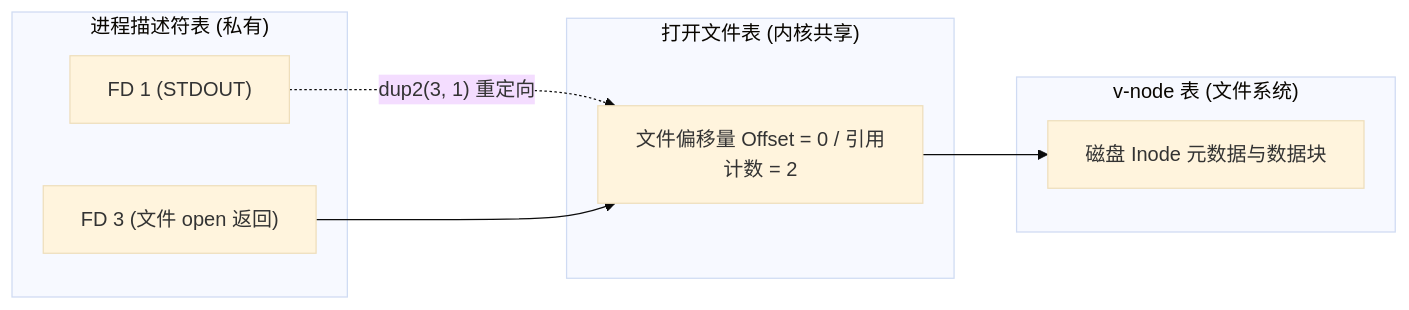
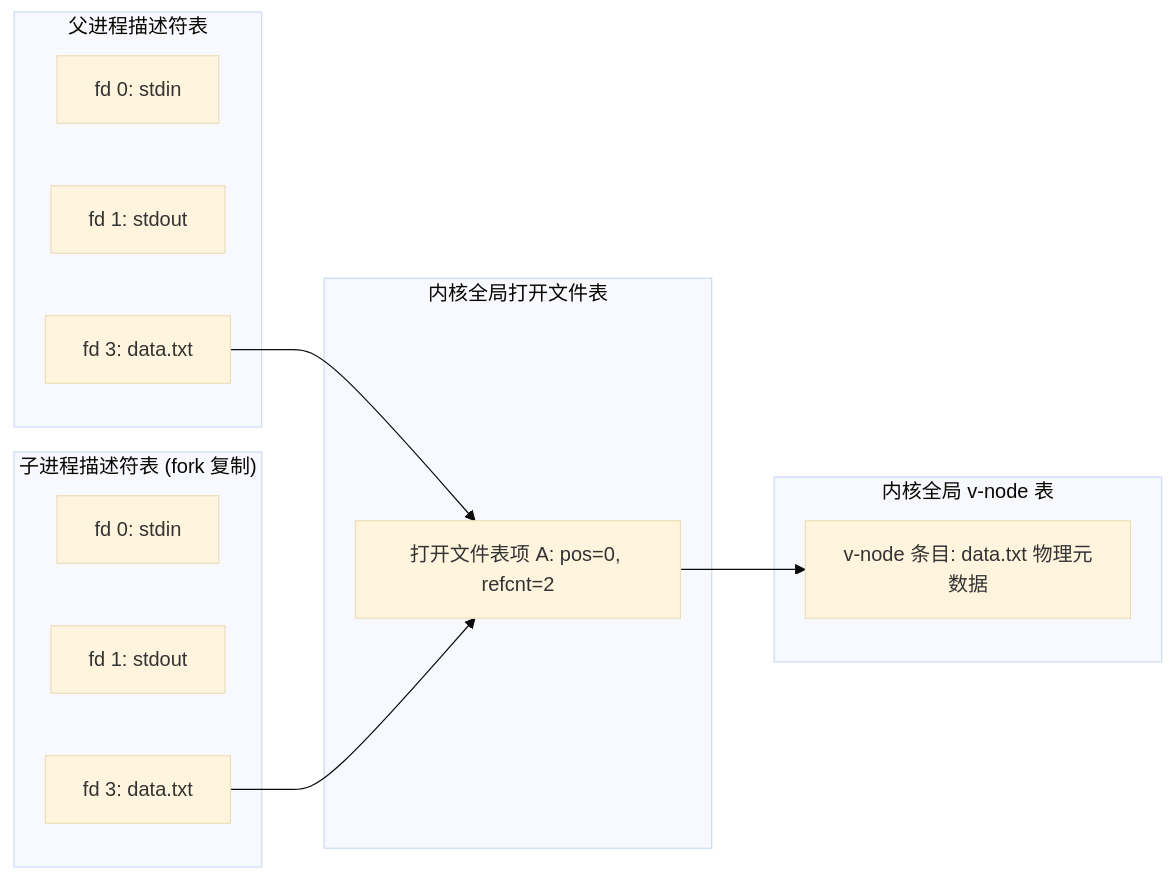
Before and after one commit to easonlines2007/easonlin-blog: the second of 2 diagrams in src/content/notes/CSAPP/lecture-16.md, drawn with Mermaid (base theme). The commit also changed other lines of this file and 230 other files, not shown here.

````diff
--- a/src/content/notes/CSAPP/lecture-16.md
+++ b/src/content/notes/CSAPP/lecture-16.md
@@ -76,16 +157,22 @@
 ```mermaid
 flowchart LR
-    subgraph Process["进程描述符表 (私有)"]
-        FD1["FD 1 (STDOUT)"]
-        FD3["FD 3 (文件 open 返回)"]
+    subgraph Proc1["父进程描述符表"]
+        fd0["fd 0: stdin"]
+        fd1["fd 1: stdout"]
+        fd3["fd 3: data.txt"]
     end
-    subgraph Kernel["打开文件表 (内核共享)"]
-        OF1["文件偏移量 Offset = 0 / 引用计数 = 2"]
+    subgraph Proc2["子进程描述符表 (fork 复制)"]
+        cfd0["fd 0: stdin"]
+        cfd1["fd 1: stdout"]
+        cfd3["fd 3: data.txt"]
     end
-    subgraph Vnode["v-node 表 (文件系统)"]
-        VN["磁盘 Inode 元数据与数据块"]
+    subgraph OpenFileTable["内核全局打开文件表"]
+        OF1["打开文件表项 A: pos=0, refcnt=2"]
     end
-    FD1 -.->|"dup2(3, 1) 重定向"| OF1
-    FD3 --> OF1
-    OF1 --> VN
+    subgraph VNodeTable["内核全局 v-node 表"]
+        VN1["v-node 条目: data.txt 物理元数据"]
+    end
+    fd3 --> OF1
+    cfd3 --> OF1
+    OF1 --> VN1
 ```
````
